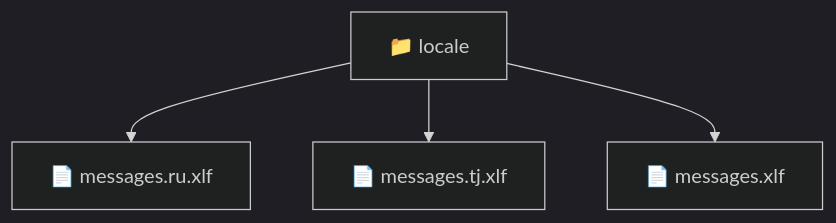
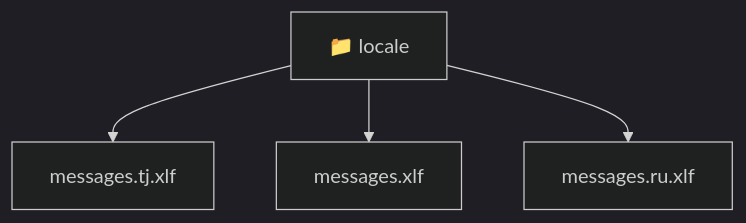
The diagram in frontend/src/locale/README.md (beginwebdev2002/fullstack-mavluda), drawn with Mermaid (dark theme) before and after one commit. The commit also changed other lines of this file and 167 other files, not shown here.

````diff
--- a/frontend/src/locale/README.md
+++ b/frontend/src/locale/README.md
@@ -9,7 +9,10 @@
 ```mermaid
 graph TD
-  Root["📁 locale"]
-  Root --> messages_ru_xlf["📄 messages.ru.xlf"]
-  Root --> messages_tj_xlf["📄 messages.tj.xlf"]
-  Root --> messages_xlf["📄 messages.xlf"]
+  Root_locale["📁 locale"]
+  f_messages_tj_xlf["messages.tj.xlf"]
+  Root_locale --> f_messages_tj_xlf
+  f_messages_xlf["messages.xlf"]
+  Root_locale --> f_messages_xlf
+  f_messages_ru_xlf["messages.ru.xlf"]
+  Root_locale --> f_messages_ru_xlf
 ```
````
